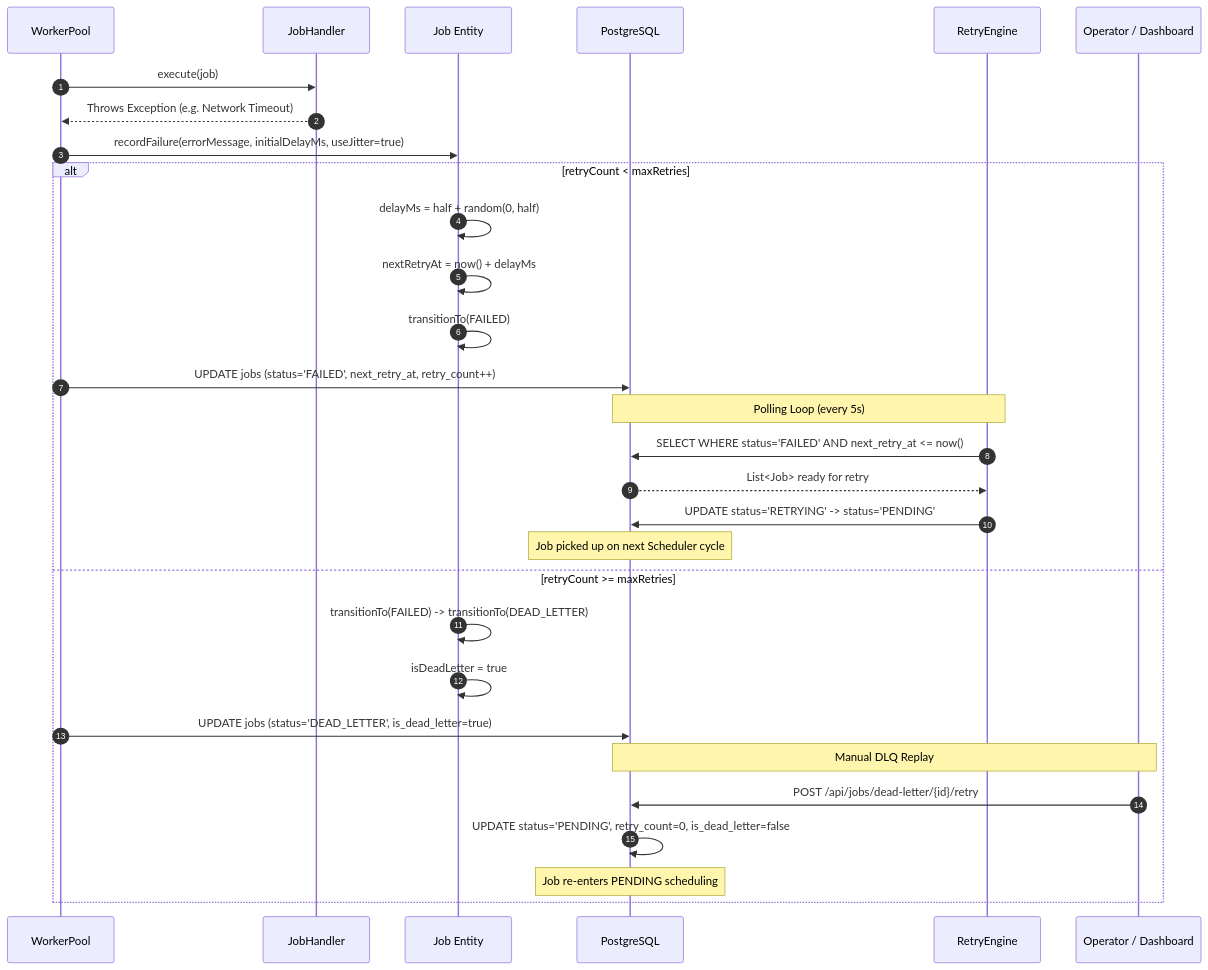
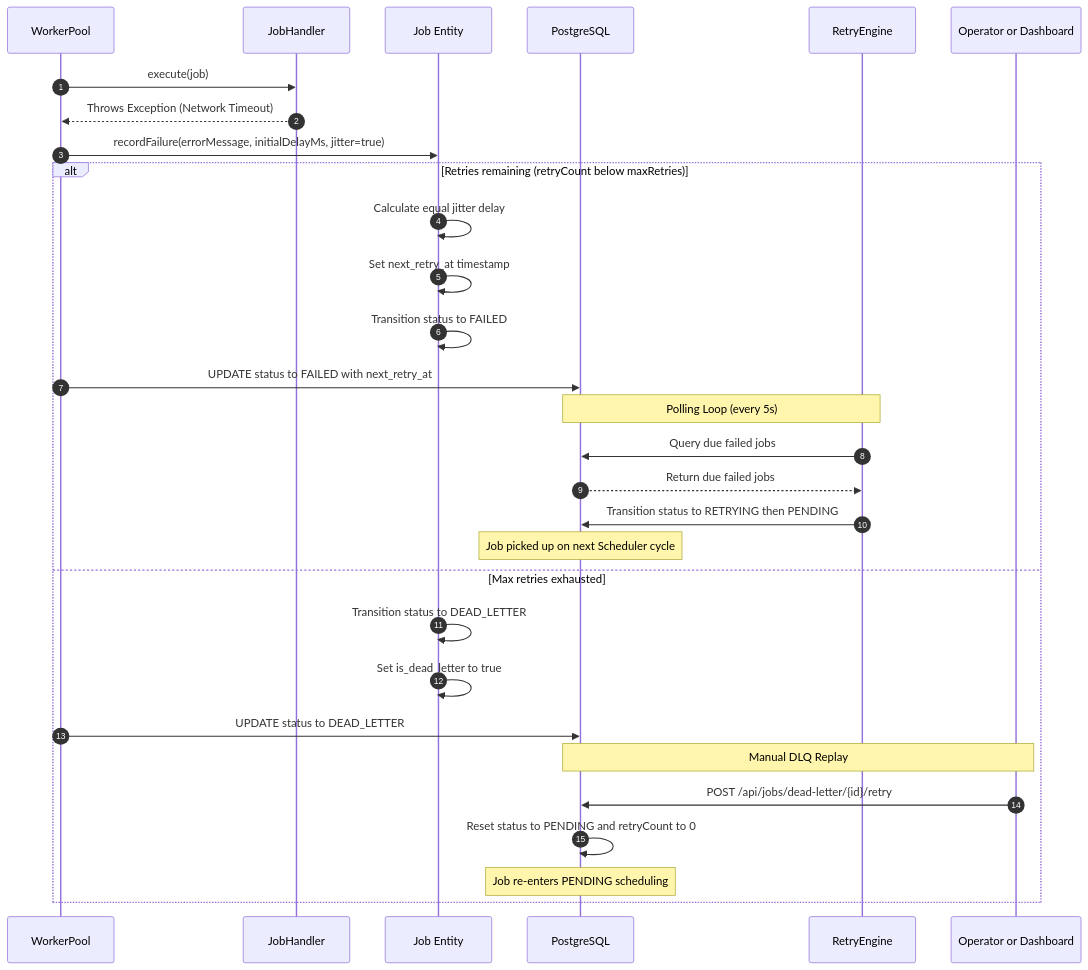
The third of 4 diagrams in README.md (Kaushtubha/optiqueue), drawn with Mermaid before and after one commit. The commit also changed other lines of this file, not shown here.

Commit message:
fix(docs): resolve Mermaid rendering error on GitHub by quoting node labels and escaping operators

````diff
--- a/README.md
+++ b/README.md
@@ -316,36 +316,36 @@
 ```mermaid
 sequenceDiagram
     autonumber
     participant WP as WorkerPool
     participant Hnd as JobHandler
     participant Job as Job Entity
     participant DB as PostgreSQL
     participant Retry as RetryEngine
-    participant Client as Operator / Dashboard
+    participant Client as Operator or Dashboard
 
     WP->>Hnd: execute(job)
-    Hnd-->>WP: Throws Exception (e.g. Network Timeout)
-    WP->>Job: recordFailure(errorMessage, initialDelayMs, useJitter=true)
+    Hnd-->>WP: Throws Exception (Network Timeout)
+    WP->>Job: recordFailure(errorMessage, initialDelayMs, jitter=true)
     
-    alt retryCount < maxRetries
-        Job->>Job: delayMs = half + random(0, half)
-        Job->>Job: nextRetryAt = now() + delayMs
-        Job->>Job: transitionTo(FAILED)
-        WP->>DB: UPDATE jobs (status='FAILED', next_retry_at, retry_count++)
+    alt Retries remaining (retryCount below maxRetries)
+        Job->>Job: Calculate equal jitter delay
+        Job->>Job: Set next_retry_at timestamp
+        Job->>Job: Transition status to FAILED
+        WP->>DB: UPDATE status to FAILED with next_retry_at
         
         Note over Retry,DB: Polling Loop (every 5s)
-        Retry->>DB: SELECT WHERE status='FAILED' AND next_retry_at <= now()
-        DB-->>Retry: List<Job> ready for retry
-        Retry->>DB: UPDATE status='RETRYING' -> status='PENDING'
+        Retry->>DB: Query due failed jobs
+        DB-->>Retry: Return due failed jobs
+        Retry->>DB: Transition status to RETRYING then PENDING
         Note over DB: Job picked up on next Scheduler cycle
-    else retryCount >= maxRetries
-        Job->>Job: transitionTo(FAILED) -> transitionTo(DEAD_LETTER)
-        Job->>Job: isDeadLetter = true
-        WP->>DB: UPDATE jobs (status='DEAD_LETTER', is_dead_letter=true)
+    else Max retries exhausted
+        Job->>Job: Transition status to DEAD_LETTER
+        Job->>Job: Set is_dead_letter to true
+        WP->>DB: UPDATE status to DEAD_LETTER
         
         Note over Client,DB: Manual DLQ Replay
         Client->>DB: POST /api/jobs/dead-letter/{id}/retry
-        DB->>DB: UPDATE status='PENDING', retry_count=0, is_dead_letter=false
+        DB->>DB: Reset status to PENDING and retryCount to 0
         Note over DB: Job re-enters PENDING scheduling
     end
 ```
````
